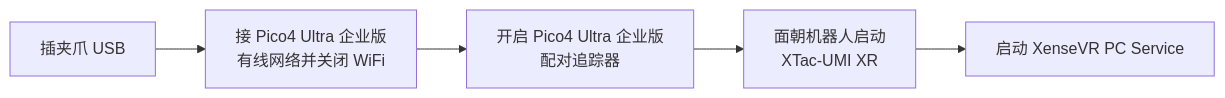
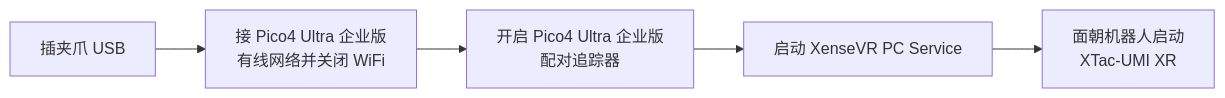
The diagram in docs/quickstart.md (Vertax42/taccap-gripper-docs), drawn with Mermaid before and after one commit. The commit also changed other lines of this file and 3 other files, not shown here.

````diff
--- a/docs/quickstart.md
+++ b/docs/quickstart.md
@@ -25,4 +25,4 @@
 ```mermaid
 flowchart LR
-    A[插夹爪 USB] --> N[接 Pico4 Ultra 企业版<br/>有线网络并关闭 WiFi] --> B[开启 Pico4 Ultra 企业版<br/>配对追踪器] --> C[面朝机器人启动<br/>XTac-UMI XR] --> D[启动 XenseVR PC Service]
+    A[插夹爪 USB] --> N[接 Pico4 Ultra 企业版<br/>有线网络并关闭 WiFi] --> B[开启 Pico4 Ultra 企业版<br/>配对追踪器] --> D[启动 XenseVR PC Service] --> C[面朝机器人启动<br/>XTac-UMI XR]
 ```
````
